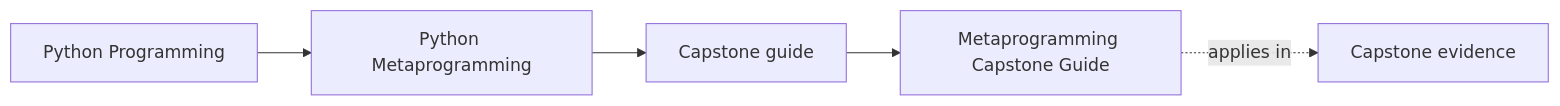
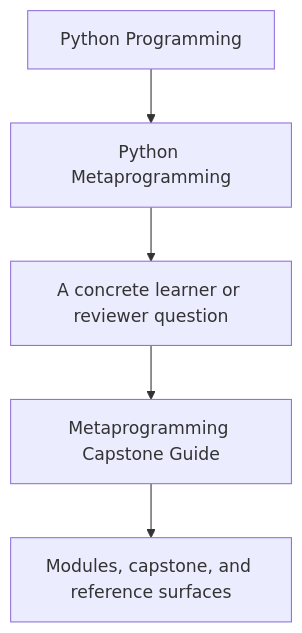
The first of 2 diagrams in programs/python-programming/python-meta-programming/course-book/guides/capstone.md (bijux/bijux-masterclass), drawn with Mermaid before and after one commit. The commit also changed other lines of this file and 15 other files, not shown here.

Commit message:
docs(python-meta-programming): sharpen guide and reference diagrams

````diff
--- a/programs/python-programming/python-meta-programming/course-book/guides/capstone.md
+++ b/programs/python-programming/python-meta-programming/course-book/guides/capstone.md
@@ -7,11 +7,7 @@
 ```mermaid
-graph LR
-  family["Python Programming"]
-  program["Python Metaprogramming"]
-  section["Capstone guide"]
-  page["Metaprogramming Capstone Guide"]
-  capstone["Capstone evidence"]
-
-  family --> program --> section --> page
-  page -.applies in.-> capstone
+flowchart TD
+  family["Python Programming"] --> program["Python Metaprogramming"]
+  program --> pressure["A concrete learner or reviewer question"]
+  pressure --> guide["Metaprogramming Capstone Guide"]
+  guide --> next["Modules, capstone, and reference surfaces"]
 ```
````
